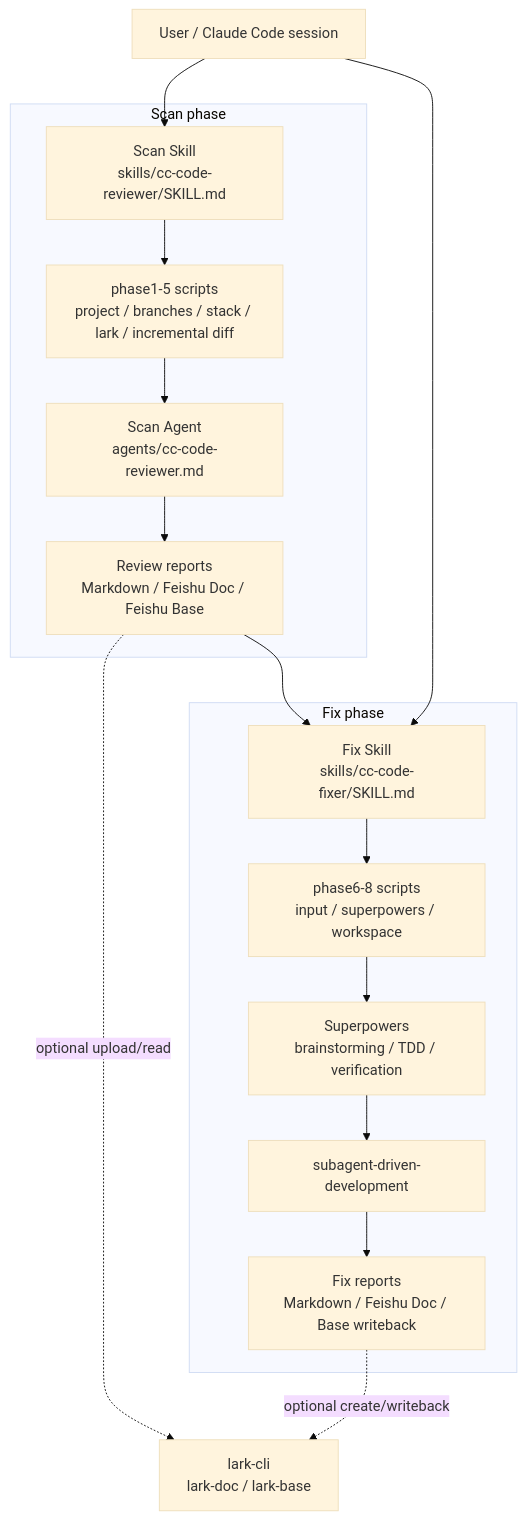
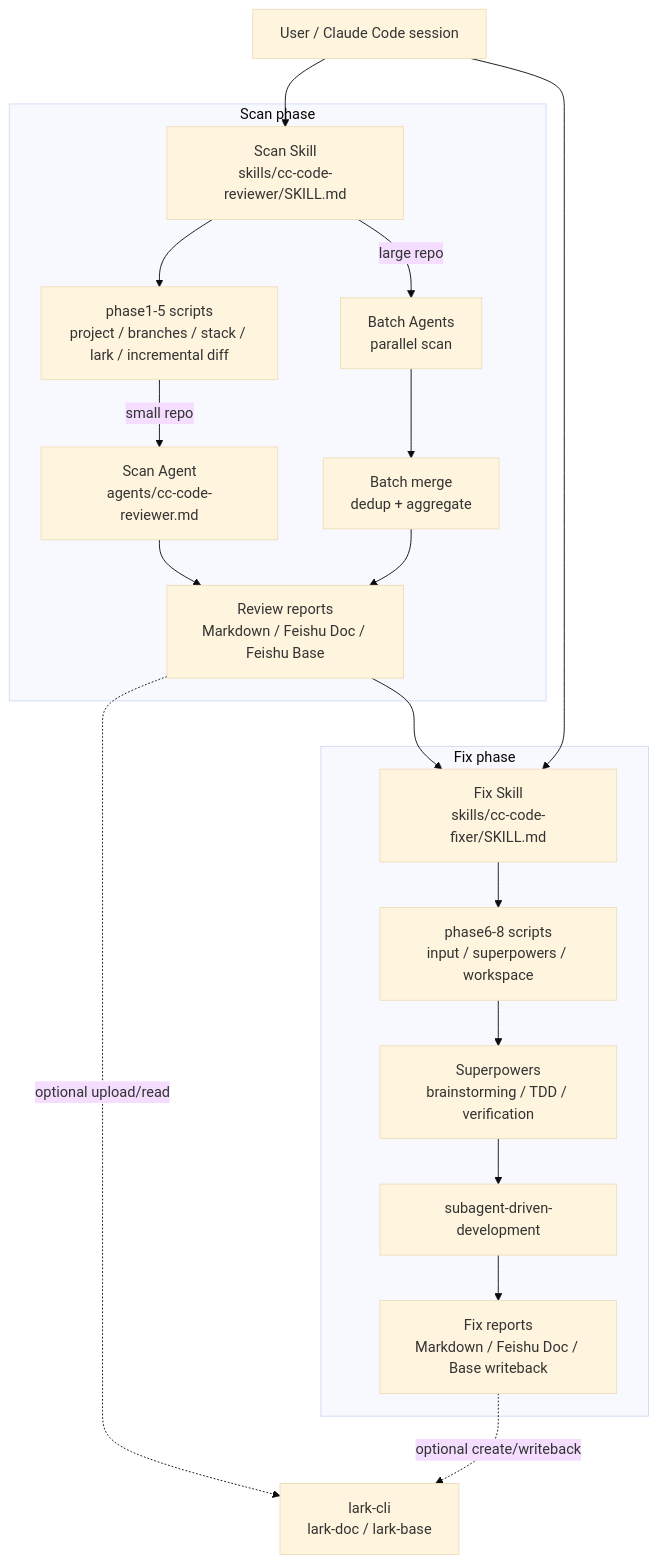
Before and after one commit to ataskite/cc-code-reviewer: the diagram in AGENTS.md, drawn with Mermaid (base theme). The commit also changed other lines of this file and 8 other files, not shown here.

````diff
--- a/AGENTS.md
+++ b/AGENTS.md
@@ -15,31 +15,35 @@
 ```mermaid
 flowchart TD
     User["User / Claude Code session"]
     ReviewSkill["Scan Skill<br/>skills/cc-code-reviewer/SKILL.md"]
     FixSkill["Fix Skill<br/>skills/cc-code-fixer/SKILL.md"]
     ReviewAgent["Scan Agent<br/>agents/cc-code-reviewer.md"]
     Reports["Review reports<br/>Markdown / Feishu Doc / Feishu Base"]
     FixReports["Fix reports<br/>Markdown / Feishu Doc / Base writeback"]
     Lark["lark-cli<br/>lark-doc / lark-base"]
     Superpowers["Superpowers<br/>brainstorming / TDD / verification"]
     SubAgentDriven["subagent-driven-development"]
 
     subgraph ScanPhase["Scan phase"]
       ReviewSkill --> ScanScripts["phase1-5 scripts<br/>project / branches / stack / lark / incremental diff"]
-      ScanScripts --> ReviewAgent
+      ScanScripts -->|"small repo"| ReviewAgent
       ReviewAgent --> Reports
+      BatchMerge["Batch merge<br/>dedup + aggregate"]
+      ReviewSkill -->|"large repo"| BatchAgents["Batch Agents<br/>parallel scan"]
+      BatchAgents --> BatchMerge
+      BatchMerge --> Reports
     end
 
     subgraph FixPhase["Fix phase"]
       Reports --> FixSkill
       FixSkill --> FixScripts["phase6-8 scripts<br/>input / superpowers / workspace"]
       FixScripts --> Superpowers
       Superpowers --> SubAgentDriven
       SubAgentDriven --> FixReports
     end
 
     User --> ReviewSkill
     User --> FixSkill
     Reports -.optional upload/read.-> Lark
     FixReports -.optional create/writeback.-> Lark
 ```
````
